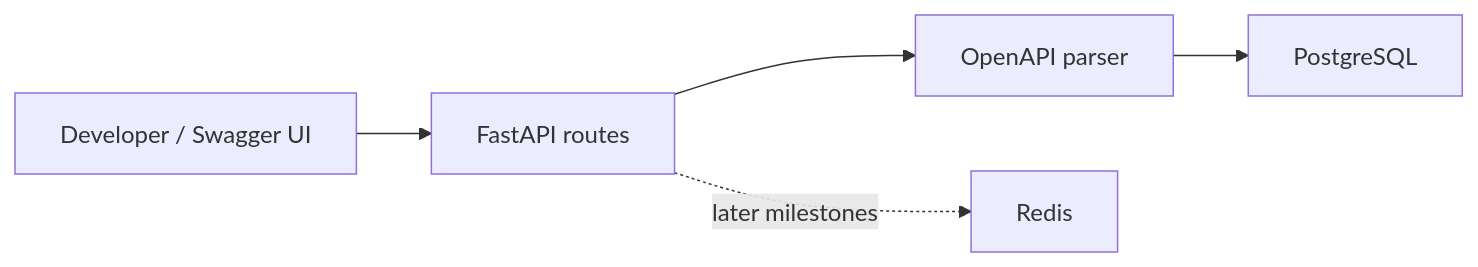
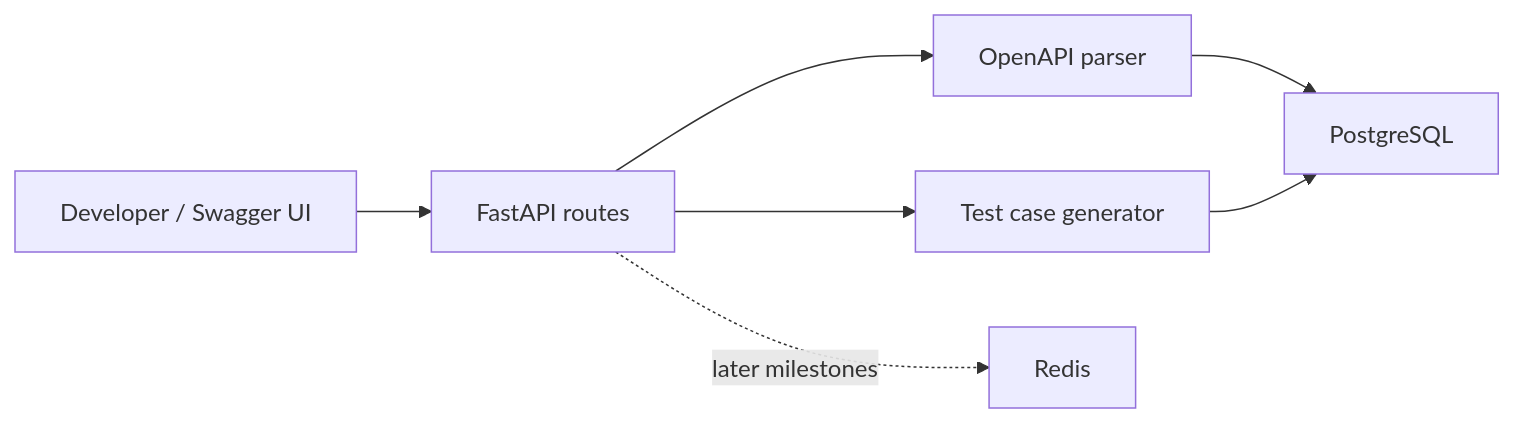
The first of 3 diagrams in ARCHITECTURE.md (AdityaT360/specpulse), drawn with Mermaid before and after one commit. The commit also changed other lines of this file and 10 other files, not shown here.

First line of the commit message:
Add M3 test case generation support

````diff
--- a/ARCHITECTURE.md
+++ b/ARCHITECTURE.md
@@ -9,7 +9,9 @@
 ```mermaid
 flowchart LR
     U["Developer / Swagger UI"] --> A["FastAPI routes"]
     A --> V["OpenAPI parser"]
+    A --> G["Test case generator"]
     V --> P["PostgreSQL"]
+    G --> P
     A -. "later milestones" .-> R["Redis"]
 ```
````
